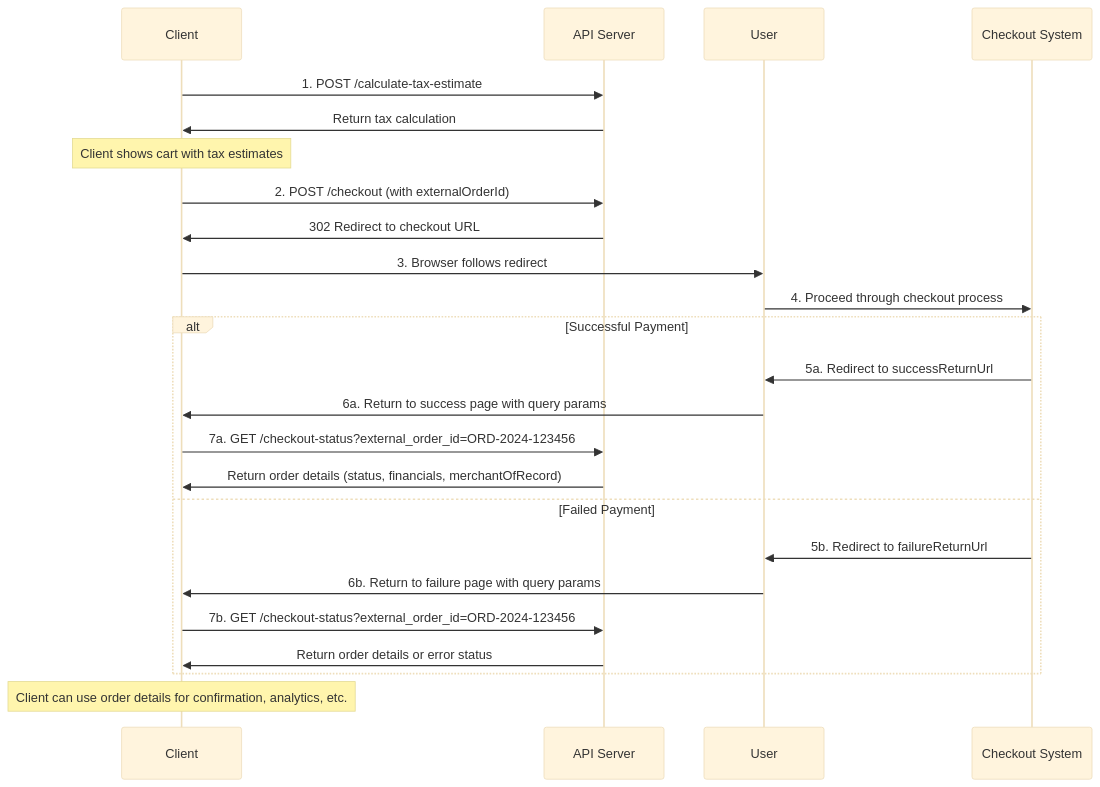
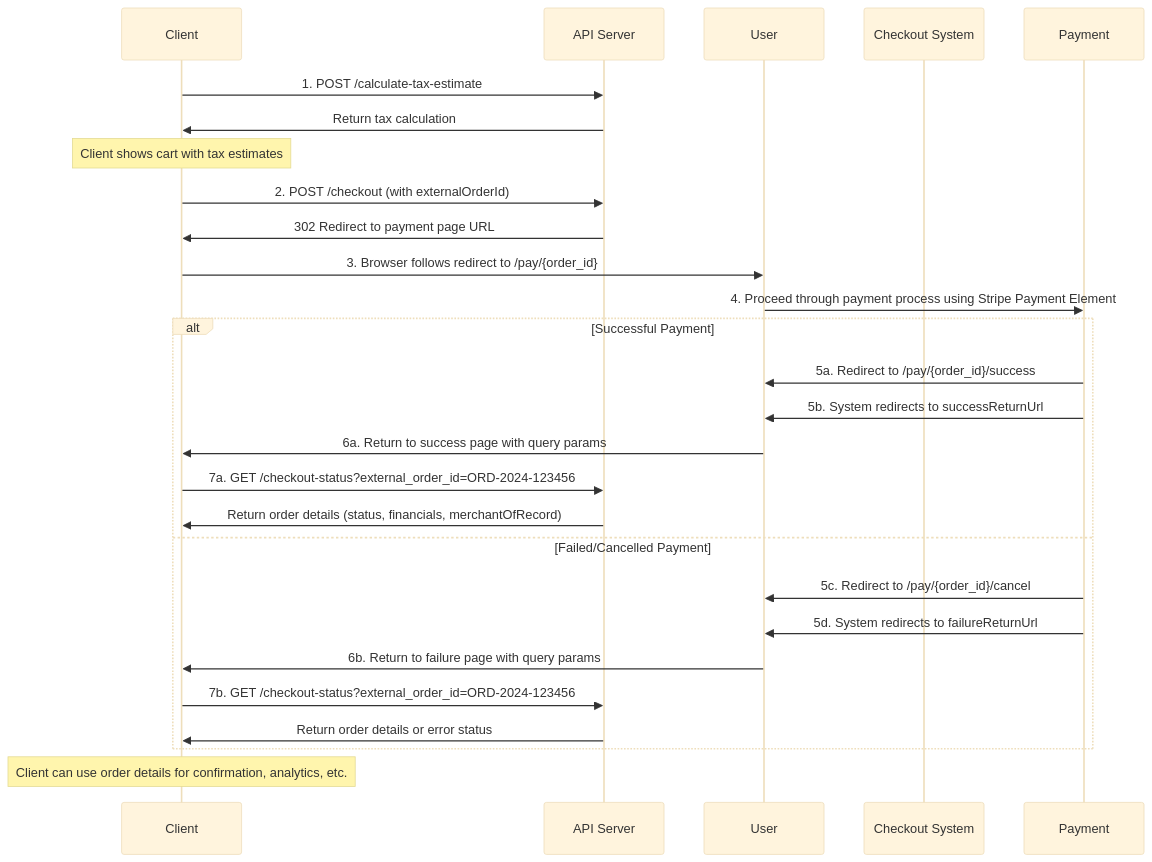
One commit to standard-parts-toolkit/mor_checkout_docs changed the diagram in api-specification.md. Above: the diagram before and after it, drawn with Mermaid (base theme). The commit also changed other lines of this file and 2 other files, not shown here.

Commit message:
Updating Checkout to Payment flow

````diff
--- a/api-specification.md
+++ b/api-specification.md
@@ -37,31 +37,33 @@
 ```mermaid
 sequenceDiagram
     participant Client
     participant API as API Server
     participant User
     participant Checkout as Checkout System
     
     Client->>API: 1. POST /calculate-tax-estimate
     API->>Client: Return tax calculation
     Note over Client: Client shows cart with tax estimates
     
     Client->>API: 2. POST /checkout (with externalOrderId)
-    API->>Client: 302 Redirect to checkout URL
-    
-    Client->>User: 3. Browser follows redirect
-    User->>Checkout: 4. Proceed through checkout process
+    API->>Client: 302 Redirect to payment page URL
+
+    Client->>User: 3. Browser follows redirect to /pay/{order_id}
+    User->>Payment: 4. Proceed through payment process using Stripe Payment Element
     
     alt Successful Payment
-        Checkout->>User: 5a. Redirect to successReturnUrl
+        Payment->>User: 5a. Redirect to /pay/{order_id}/success
+        Payment->>User: 5b. System redirects to successReturnUrl
         User->>Client: 6a. Return to success page with query params
         Client->>API: 7a. GET /checkout-status?external_order_id=ORD-2024-123456
         API->>Client: Return order details (status, financials, merchantOfRecord)
-    else Failed Payment
-        Checkout->>User: 5b. Redirect to failureReturnUrl
+    else Failed/Cancelled Payment
+        Payment->>User: 5c. Redirect to /pay/{order_id}/cancel
+        Payment->>User: 5d. System redirects to failureReturnUrl
         User->>Client: 6b. Return to failure page with query params
         Client->>API: 7b. GET /checkout-status?external_order_id=ORD-2024-123456
         API->>Client: Return order details or error status
     end
     
     Note over Client: Client can use order details for confirmation, analytics, etc.
 ```
````
